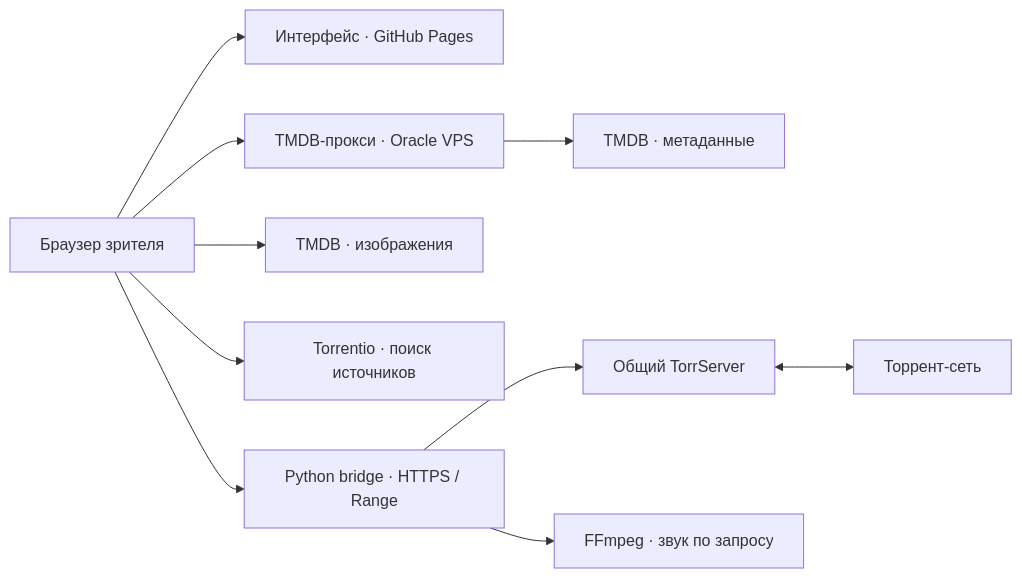
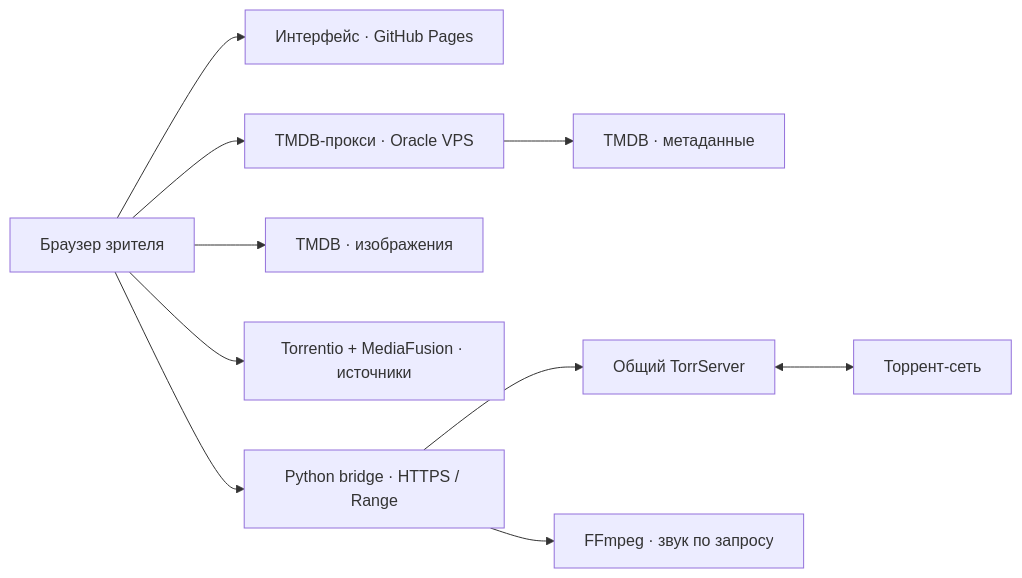
Before and after one commit to GeekyKrank/DIMovie: the diagram in README.md, drawn with Mermaid. The commit also changed other lines of this file and 5 other files, not shown here.

Commit message:
Aggregate focused Torrentio groups and MediaFusion streams safely

````diff
--- a/README.md
+++ b/README.md
@@ -69,12 +69,12 @@
 ```mermaid
 flowchart LR
     U[Браузер зрителя] --> P[Интерфейс · GitHub Pages]
     U --> M[TMDB-прокси · Oracle VPS]
     M --> T[TMDB · метаданные]
     U --> I[TMDB · изображения]
-    U --> A[Torrentio · поиск источников]
+    U --> A[Torrentio + MediaFusion · источники]
     U --> B[Python bridge · HTTPS / Range]
     B --> E[Общий TorrServer]
     E <--> N[Торрент-сеть]
     B --> F[FFmpeg · звук по запросу]
 ```
````
